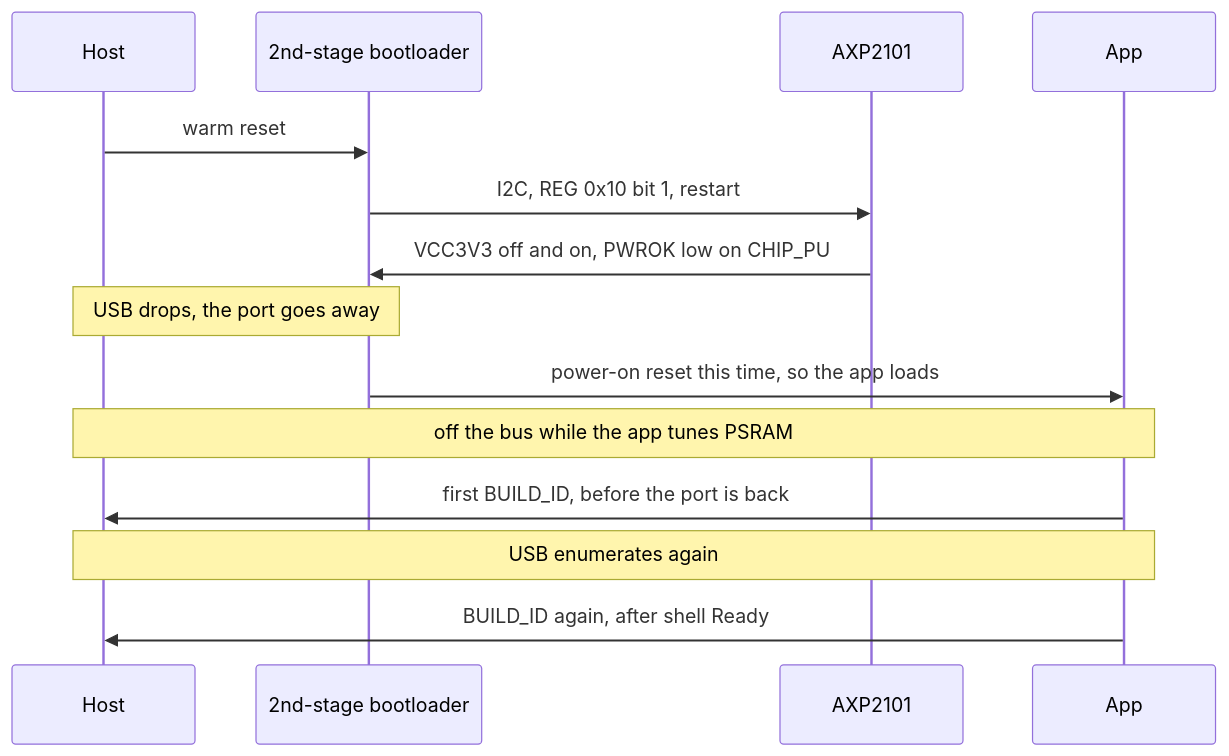
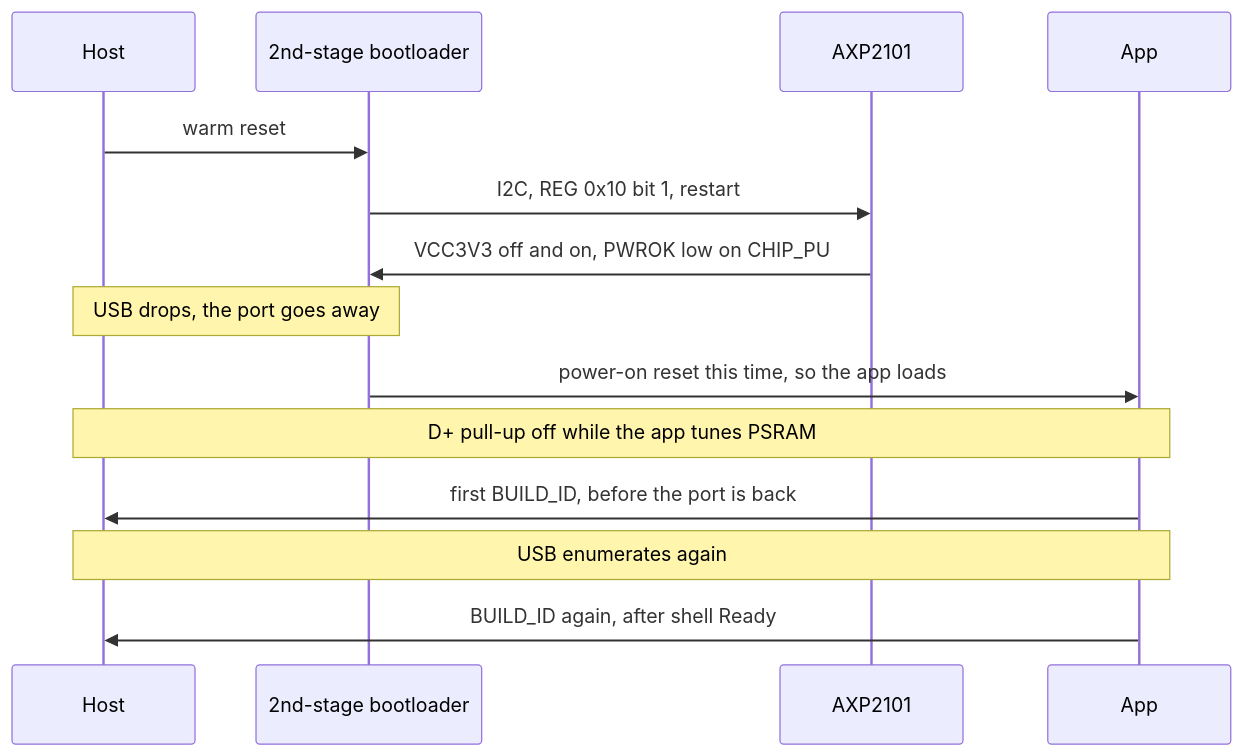
Before and after one commit to jose-villegas/autana: the diagram in docs/notes/Flashing-and-Toolchain.md, drawn with Mermaid. The commit also changed other lines of this file and 12 other files, not shown here.

````diff
--- a/docs/notes/Flashing-and-Toolchain.md
+++ b/docs/notes/Flashing-and-Toolchain.md
@@ -70,16 +70,16 @@
 ```mermaid
 sequenceDiagram
     participant Host
     participant Boot as 2nd-stage bootloader
     participant PMIC as AXP2101
     participant App
     Host->>Boot: warm reset
     Boot->>PMIC: I2C, REG 0x10 bit 1, restart
     PMIC->>Boot: VCC3V3 off and on, PWROK low on CHIP_PU
     Note over Host,Boot: USB drops, the port goes away
     Boot->>App: power-on reset this time, so the app loads
-    Note over Host,App: off the bus while the app tunes PSRAM
+    Note over Host,App: D+ pull-up off while the app tunes PSRAM
     App->>Host: first BUILD_ID, before the port is back
     Note over Host,App: USB enumerates again
     App->>Host: BUILD_ID again, after shell Ready
 ```
````
